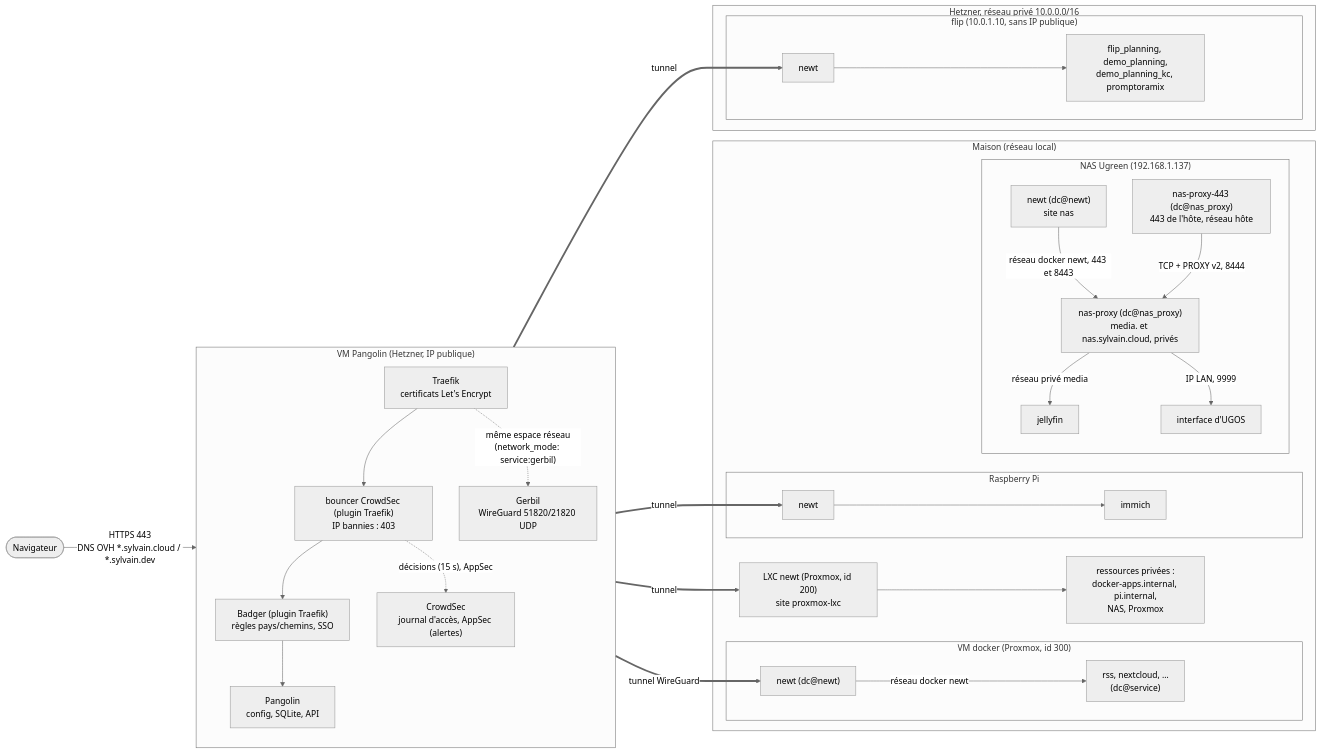
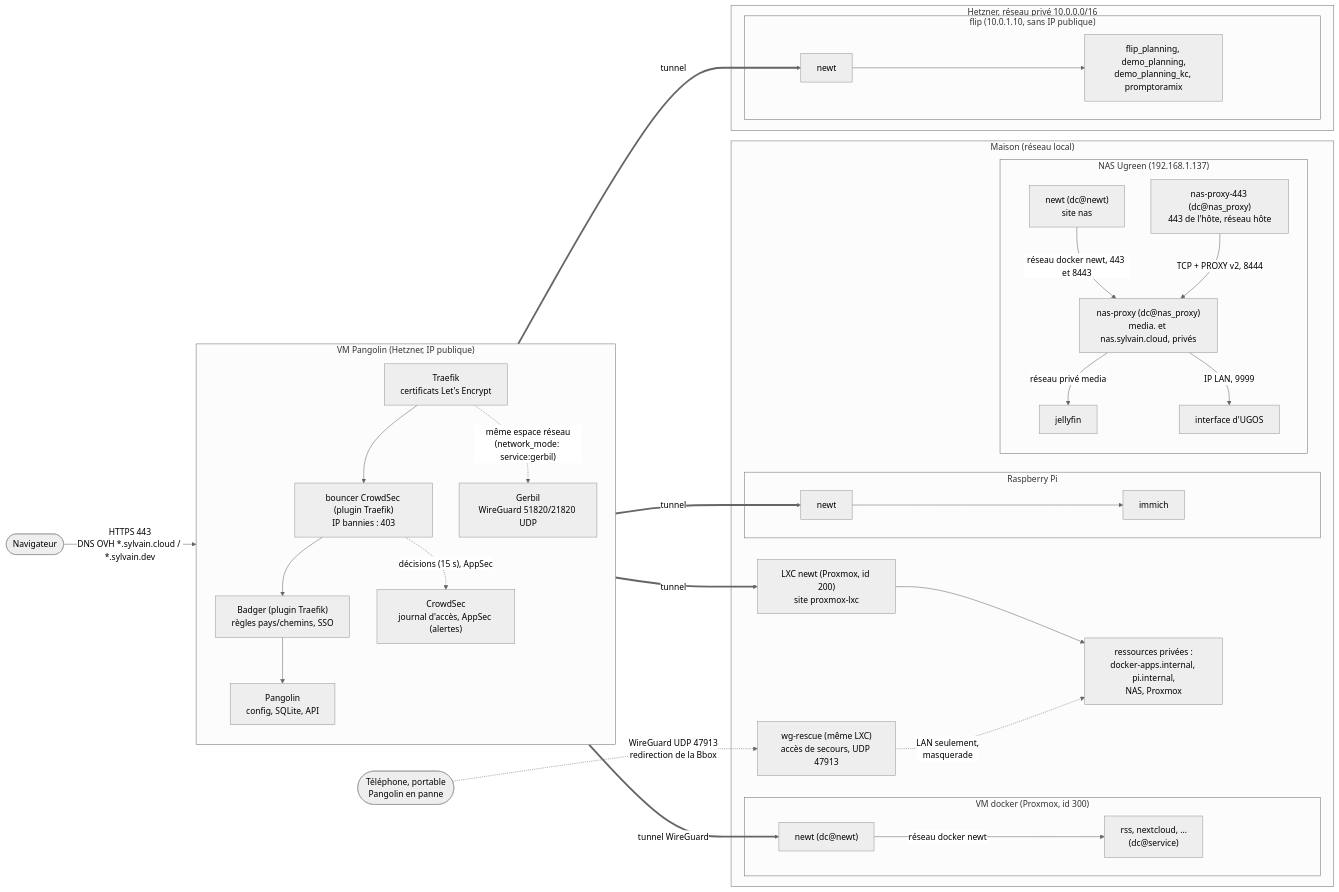
The first of 4 diagrams in docs/architecture.md (sylvainmetayer/homelab), drawn with Mermaid (neutral theme) before and after one commit. The commit also changed other lines of this file and 32 other files, not shown here.

First line of the commit message:
feat(wireguard_rescue): accès de secours au LAN sans Pangolin

````diff
--- a/docs/architecture.md
+++ b/docs/architecture.md
@@ -10,44 +10,46 @@
 ```mermaid
 flowchart LR
   user([Navigateur]) -- "HTTPS 443<br/>DNS OVH *.sylvain.cloud / *.sylvain.dev" --> traefik
 
   subgraph pangolin_vm["VM Pangolin (Hetzner, IP publique)"]
     direction TB
     traefik["Traefik<br/>certificats Let's Encrypt"]
     bouncer["bouncer CrowdSec (plugin Traefik)<br/>IP bannies : 403"]
     crowdsec["CrowdSec<br/>journal d'accès, AppSec (alertes)"]
     badger["Badger (plugin Traefik)<br/>règles pays/chemins, SSO"]
     pangolin_app["Pangolin<br/>config, SQLite, API"]
     gerbil["Gerbil<br/>WireGuard 51820/21820 UDP"]
     traefik --> bouncer --> badger --> pangolin_app
     bouncer -. "décisions (15 s), AppSec" .-> crowdsec
     traefik -. "même espace réseau<br/>(network_mode: service:gerbil)" .-> gerbil
   end
 
   gerbil == "tunnel WireGuard" ==> newt_docker
   gerbil == tunnel ==> newt_pi
   gerbil == tunnel ==> newt_flip
   gerbil == tunnel ==> newt_lxc
+  rescue([Téléphone, portable<br/>Pangolin en panne]) -. "WireGuard UDP 47913<br/>redirection de la Bbox" .-> wg_rescue
 
   subgraph home["Maison (réseau local)"]
     subgraph docker_vm["VM docker (Proxmox, id 300)"]
       newt_docker["newt (dc@newt)"] -- "réseau docker newt" --> app1["rss, nextcloud, …<br/>(dc@service)"]
     end
     subgraph pi["Raspberry Pi"]
       newt_pi[newt] --> immich[immich]
     end
     newt_lxc["LXC newt (Proxmox, id 200)<br/>site proxmox-lxc"] --> lan["ressources privées :<br/>docker-apps.internal, pi.internal,<br/>NAS, Proxmox"]
+    wg_rescue["wg-rescue (même LXC)<br/>accès de secours, UDP 47913"] -. "LAN seulement,<br/>masquerade" .-> lan
     subgraph nas["NAS Ugreen (192.168.1.137)"]
       newt_nas["newt (dc@newt)<br/>site nas"] -- "réseau docker newt, 443 et 8443" --> traefik_nas["nas-proxy (dc@nas_proxy)<br/>media. et nas.sylvain.cloud, privés"]
       relay_nas["nas-proxy-443 (dc@nas_proxy)<br/>443 de l'hôte, réseau hôte"] -- "TCP + PROXY v2, 8444" --> traefik_nas
       traefik_nas -- "réseau privé media" --> jellyfin[jellyfin]
       traefik_nas -- "IP LAN, 9999" --> ugos[interface d'UGOS]
     end
   end
 
   subgraph hetzner_priv["Hetzner, réseau privé 10.0.0.0/16"]
     subgraph flip["flip (10.0.1.10, sans IP publique)"]
       newt_flip[newt] --> fp["flip_planning, demo_planning,<br/>demo_planning_kc, promptoramix"]
     end
   end
 ```
````
